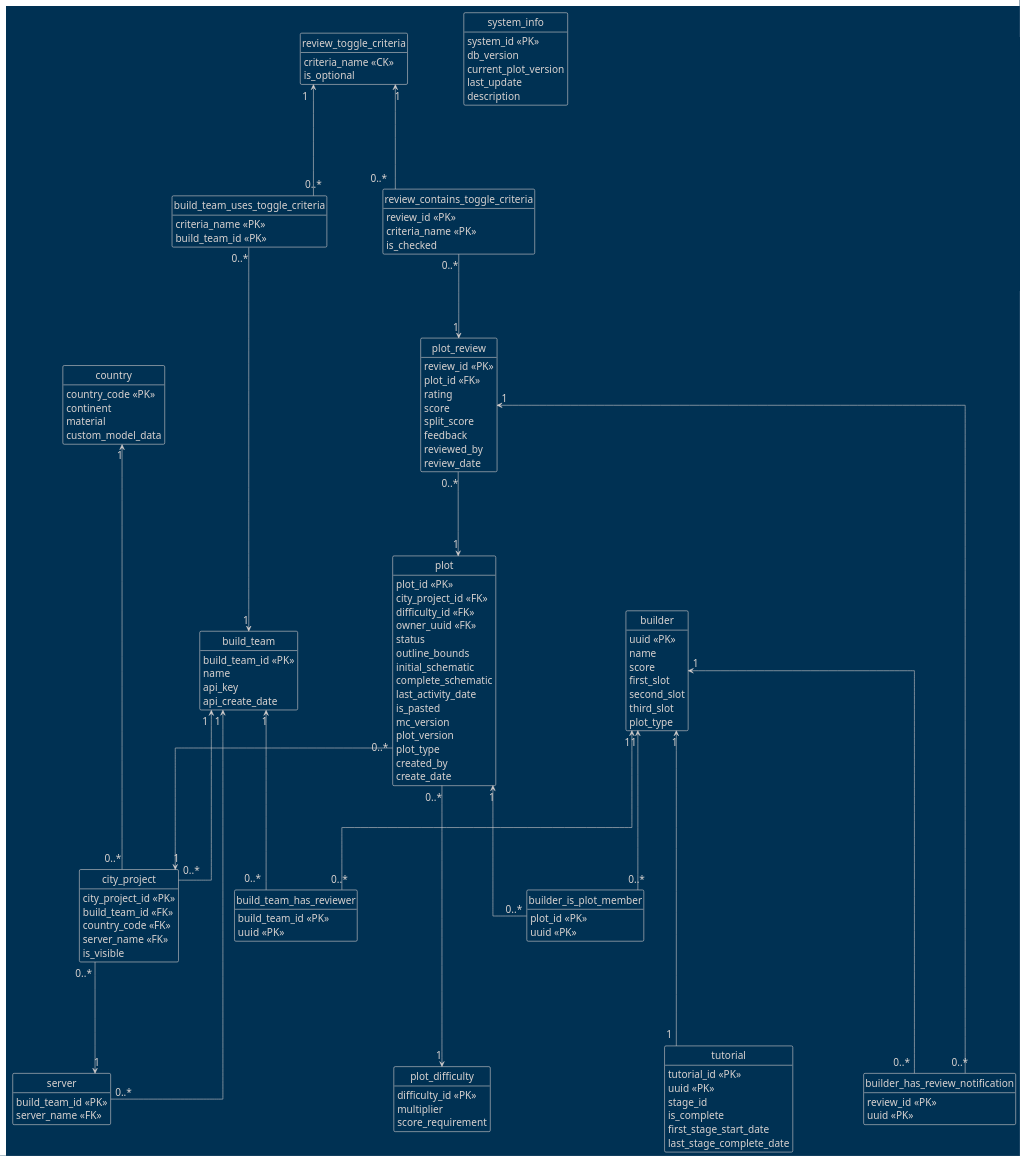
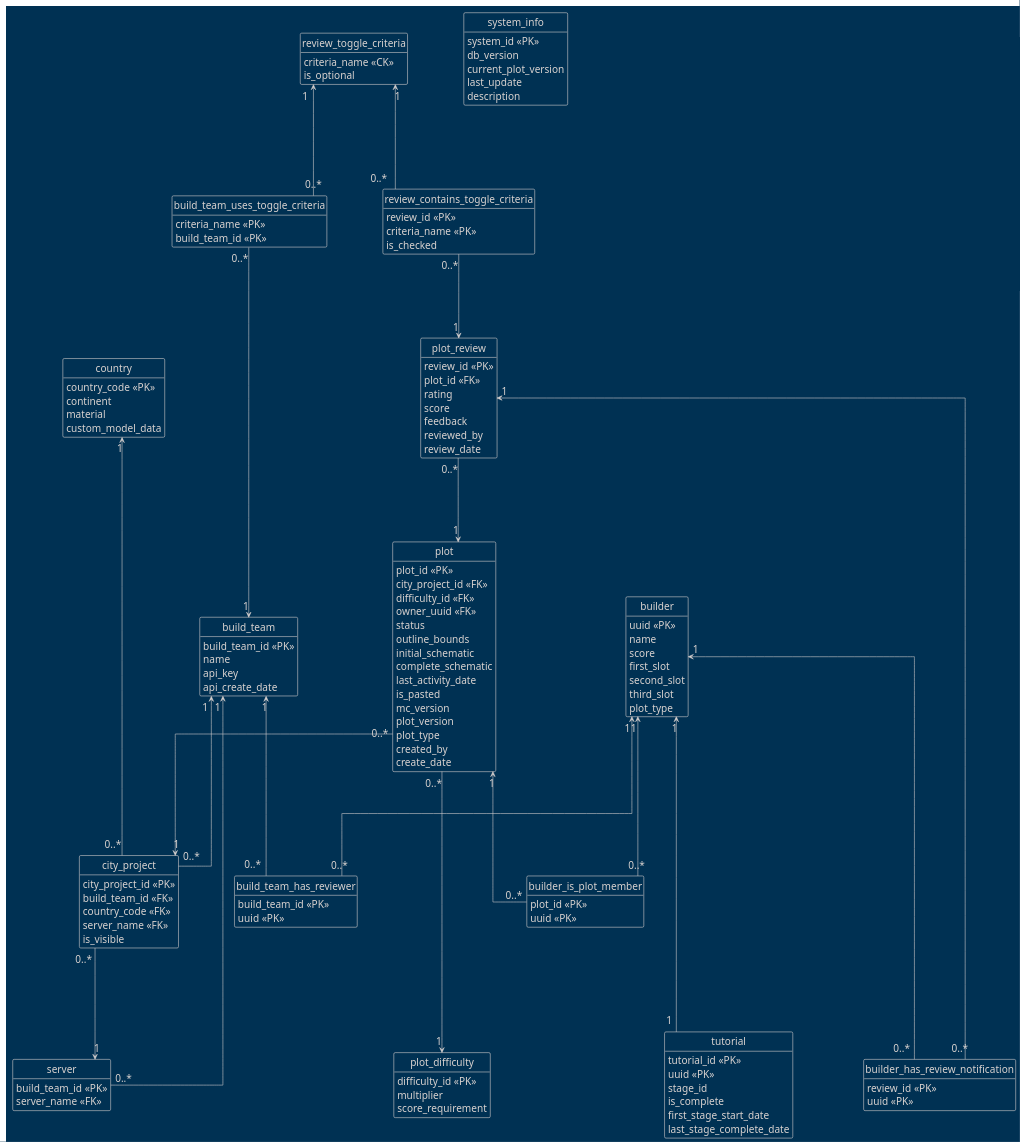
Before and after one commit to AlpsBTE/Plot-System-DB: the diagram in logical-db.puml, drawn with PlantUML. The commit also changed 5 other files, not shown here.

Commit message:
remove split_score column in plot_review table

```diff
--- a/logical-db.puml
+++ b/logical-db.puml
@@ -1,156 +1,155 @@
 @startuml
 skinparam nodesep 100
 skinparam ranksep 150
 skinparam defaultFontSize 18
 
 skinparam linetype ortho
 
 hide circle
 hide empty members
 !theme blueprint
 
 entity system_info {
     system_id <<PK>>
     db_version
     current_plot_version
     last_update
     description
 }
 
 entity build_team {
     build_team_id <<PK>>
     name
     api_key
     api_create_date
 }
 
 entity server {
     build_team_id <<PK>>
     server_name <<FK>>
 }
 
 entity country {
     country_code <<PK>>
     continent
     material
     custom_model_data
 }
 
 entity city_project {
     city_project_id <<PK>>
     build_team_id <<FK>>
     country_code <<FK>>
     server_name <<FK>>
     is_visible
 }
 
 entity builder {
     uuid <<PK>>
     name
     score
     first_slot
     second_slot
     third_slot
     plot_type
 }
 
 entity plot_difficulty {
     difficulty_id <<PK>>
     multiplier
     score_requirement
 }
 
 entity plot {
     plot_id <<PK>>
     city_project_id <<FK>>
     difficulty_id <<FK>>
     owner_uuid <<FK>>
     status
     outline_bounds
     initial_schematic
     complete_schematic
     last_activity_date
     is_pasted
     mc_version
     plot_version
     plot_type
     created_by
     create_date
 }
 
 entity tutorial {
     tutorial_id <<PK>>
     uuid <<PK>>
     stage_id
     is_complete
     first_stage_start_date
     last_stage_complete_date
 }
 
 entity plot_review {
     review_id <<PK>>
     plot_id <<FK>>
     rating
     score
-    split_score
     feedback
     reviewed_by
     review_date
 }
 
 entity review_toggle_criteria {
     criteria_name <<CK>>
     is_optional
 }
 
 entity build_team_has_reviewer {
     build_team_id <<PK>>
     uuid <<PK>>
 }
 
 entity builder_has_review_notification {
     review_id <<PK>>
     uuid <<PK>>
 }
 
 entity builder_is_plot_member {
     plot_id <<PK>>
     uuid <<PK>>
 }
 
 entity "build_team_uses_toggle_criteria" {
     criteria_name <<PK>>
     build_team_id <<PK>>
 }
 
 entity "review_contains_toggle_criteria" {
     review_id <<PK>>
     criteria_name <<PK>>
     is_checked
 }
 
 build_team "1" <-- "0..*" build_team_has_reviewer
 build_team "1" <-- "0..*" server
 build_team "1" <-- "0..*" city_project
 
 country "1" <--- "0..*" city_project
 
 city_project "0..*" --> "1" server
 
 plot_review "1" <-- "0..*" builder_has_review_notification
 plot_review "0..*" --> "1" plot
 
 builder "1" <-- "0..*" build_team_has_reviewer
 builder "1" <--- "1" tutorial
 builder "1" <--- "0..*" builder_has_review_notification
 builder "1" <-- "0..*" builder_is_plot_member
 
 plot "0..*" --> "1" city_project
 plot "0..*" ---> "1" plot_difficulty
 plot "1" <-- "0..*" builder_is_plot_member
 
 review_toggle_criteria "1" <-- "0..*" build_team_uses_toggle_criteria
 build_team_uses_toggle_criteria "0..*" -> "1" build_team
 review_toggle_criteria "1" <-- "0..*" review_contains_toggle_criteria
 review_contains_toggle_criteria "0..*" --> "1" plot_review
 @enduml
```
